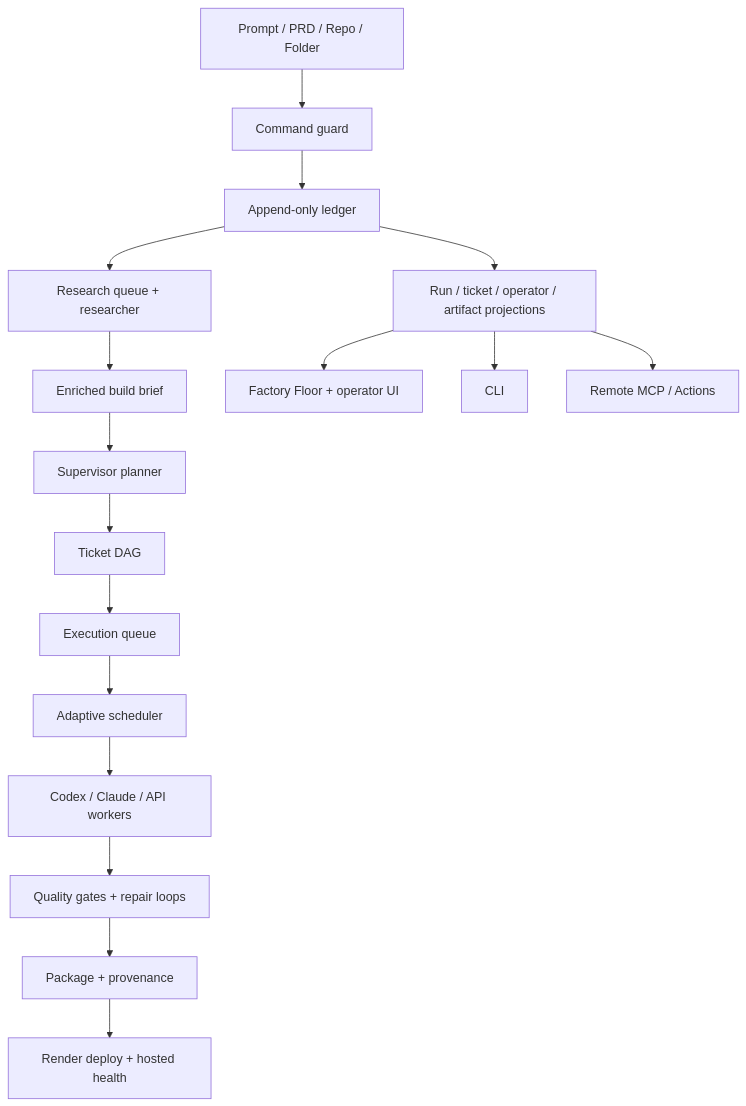
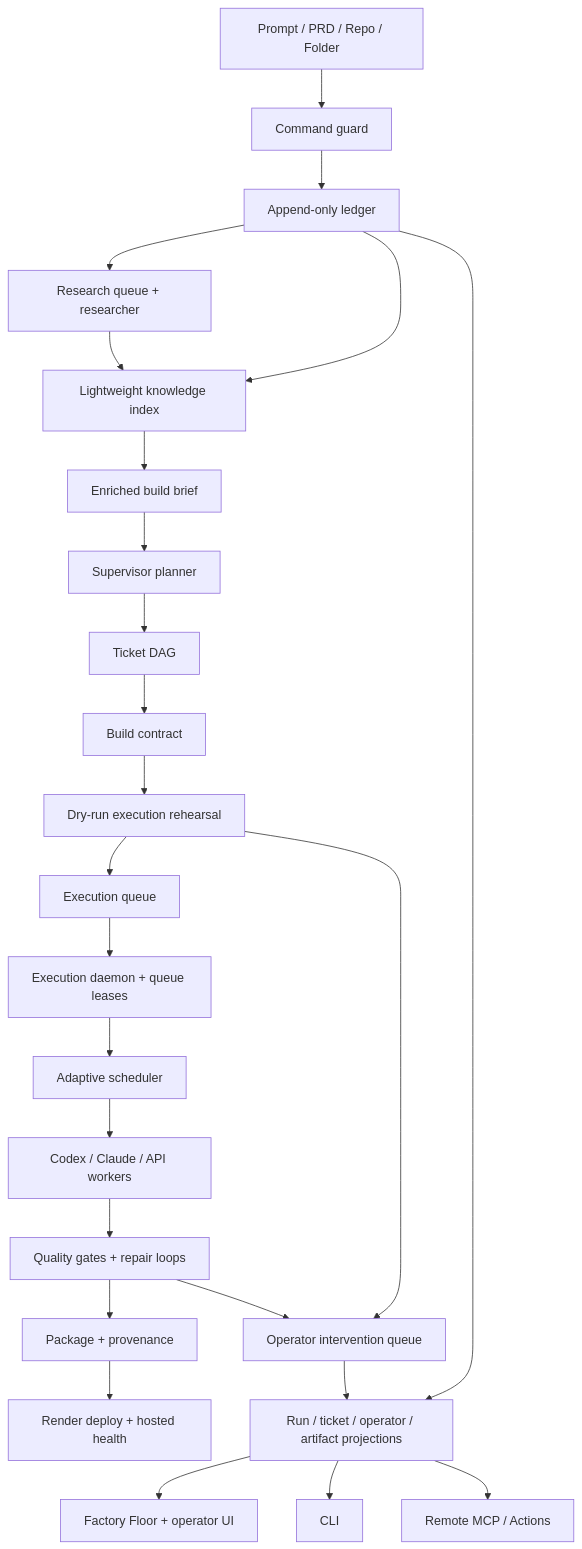
One commit to jaynyasg/SoftwareFactoryAI changed the first of 2 diagrams in docs/plans/2026-06-28-001-feat-full-factory-build-loop-plan.md. Above: the diagram before and after it, drawn with Mermaid. The commit also changed other lines of this file, not shown here.

````diff
--- a/docs/plans/2026-06-28-001-feat-full-factory-build-loop-plan.md
+++ b/docs/plans/2026-06-28-001-feat-full-factory-build-loop-plan.md
@@ -79,19 +115,27 @@
 ```mermaid
 flowchart TB
   Intake["Prompt / PRD / Repo / Folder"] --> Guard["Command guard"]
   Guard --> Ledger["Append-only ledger"]
   Ledger --> Research["Research queue + researcher"]
-  Research --> Brief["Enriched build brief"]
+  Ledger --> Knowledge["Lightweight knowledge index"]
+  Research --> Knowledge
+  Knowledge --> Brief["Enriched build brief"]
   Brief --> Planner["Supervisor planner"]
   Planner --> Tickets["Ticket DAG"]
-  Tickets --> ExecQueue["Execution queue"]
-  ExecQueue --> Scheduler["Adaptive scheduler"]
+  Tickets --> Contract["Build contract"]
+  Contract --> Preflight["Dry-run execution rehearsal"]
+  Preflight --> ExecQueue["Execution queue"]
+  ExecQueue --> Daemon["Execution daemon + queue leases"]
+  Daemon --> Scheduler["Adaptive scheduler"]
   Scheduler --> Workers["Codex / Claude / API workers"]
   Workers --> Gates["Quality gates + repair loops"]
+  Preflight --> Interventions["Operator intervention queue"]
+  Gates --> Interventions
   Gates --> Package["Package + provenance"]
   Package --> Deploy["Render deploy + hosted health"]
   Ledger --> Projections["Run / ticket / operator / artifact projections"]
+  Interventions --> Projections
   Projections --> UI["Factory Floor + operator UI"]
   Projections --> CLI["CLI"]
   Projections --> MCP["Remote MCP / Actions"]
 ```
````
